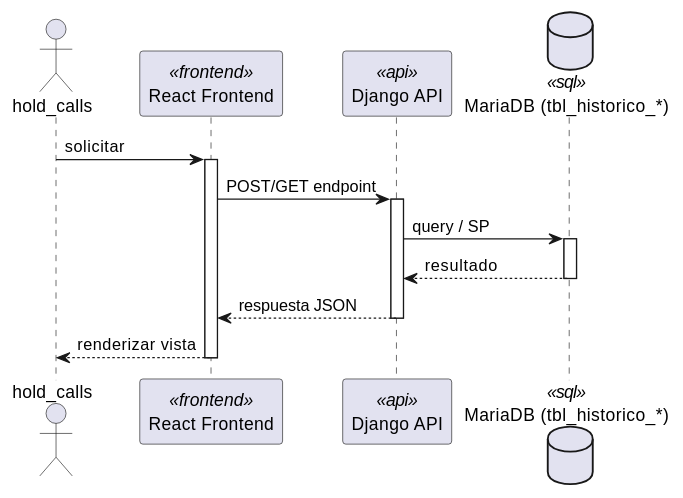
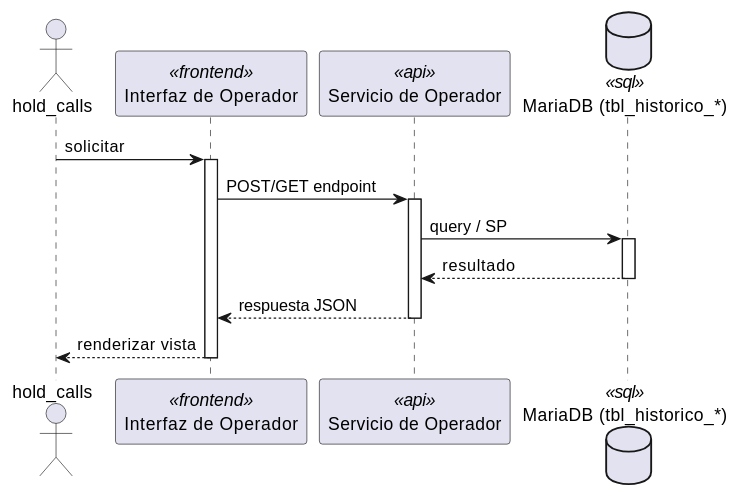
Before and after one commit to jcg-admin/IACT-docs: the first of 2 diagrams in source/arquitectura-tecnica/DesignView/opr-04.rst, drawn with PlantUML. The commit also changed other lines of this file and 243 other files, not shown here.

First line of the commit message:
Add missing diagrams and fix participant names across Kruchten views

```diff
--- a/source/arquitectura-tecnica/DesignView/opr-04.rst
+++ b/source/arquitectura-tecnica/DesignView/opr-04.rst
@@ -22,28 +22,28 @@
 .. uml::
  :caption: UC_OPR_04 — Design View (secuencia)
 
  @startuml
 
  actor "hold_calls" as hold_calls
- participant "React Frontend" as Frontend <<frontend>>
- participant "Django API" as APIServer <<api>>
- database "MariaDB (tbl_historico_*)" as BaseDatos <<sql>>
+ participant "Interfaz de Operador" as Iface <<frontend>>
+ participant "Servicio de Operador" as SvcNode <<api>>
+ database "MariaDB (tbl_historico_*)" as Store <<sql>>
 
- hold_calls -> Frontend : solicitar
- activate Frontend
+ hold_calls -> Iface : solicitar
+ activate Iface
 
- Frontend -> APIServer : POST/GET endpoint
- activate APIServer
+ Iface -> SvcNode : POST/GET endpoint
+ activate SvcNode
 
- APIServer -> BaseDatos : query / SP
- activate BaseDatos
- BaseDatos --> APIServer : resultado
- deactivate BaseDatos
+ SvcNode -> Store : query / SP
+ activate Store
+ Store --> SvcNode : resultado
+ deactivate Store
 
- APIServer --> Frontend : respuesta JSON
- deactivate APIServer
+ SvcNode --> Iface : respuesta JSON
+ deactivate SvcNode
 
- Frontend --> hold_calls : renderizar vista
- deactivate Frontend
+ Iface --> hold_calls : renderizar vista
+ deactivate Iface
 
  @enduml
```
